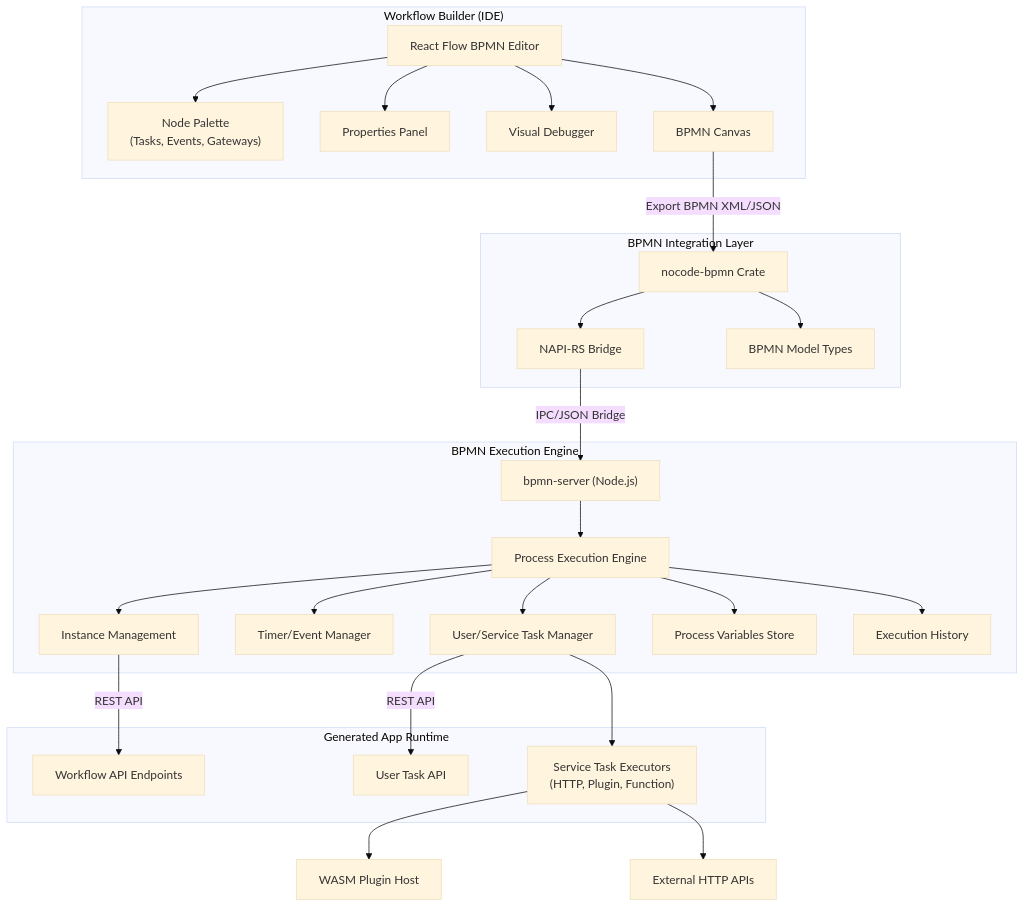
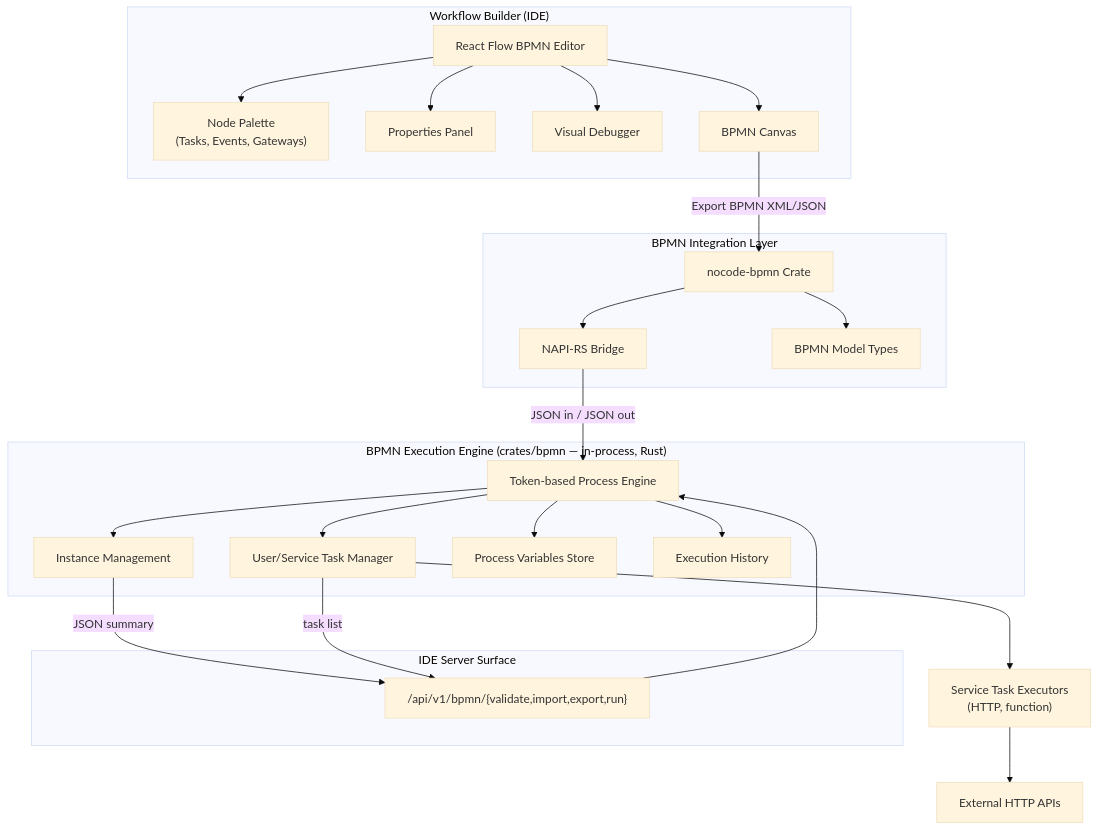
One commit to harrysuke/Bonafoid changed the sixth of 16 diagrams in docs/System Architecture Diagrams.md. Above: the diagram before and after it, drawn with Mermaid (base theme). The commit also changed other lines of this file and 16 other files, not shown here.

````diff
--- a/docs/System Architecture Diagrams.md
+++ b/docs/System Architecture Diagrams.md
@@ -342,53 +336,50 @@
 ```mermaid
 graph TD
     subgraph "Workflow Builder (IDE)"
         BPMNEditor["React Flow BPMN Editor"]
         NodePalette["Node Palette<br/>(Tasks, Events, Gateways)"]
         PropsPanel["Properties Panel"]
         VisualDebug["Visual Debugger"]
         BPMNCanvas["BPMN Canvas"]
     end
     
     subgraph "BPMN Integration Layer"
         BPMNCrate["nocode-bpmn Crate"]
         NAPIBridge["NAPI-RS Bridge"]
         BPMNTypes["BPMN Model Types"]
     end
     
-    subgraph "BPMN Execution Engine"
-        BpmnServer["bpmn-server (Node.js)"]
-        ExecutionEngine["Process Execution Engine"]
+    subgraph "BPMN Execution Engine (crates/bpmn — in-process, Rust)"
+        ExecutionEngine["Token-based Process Engine"]
         InstanceManager["Instance Management"]
-        TimerManager["Timer/Event Manager"]
         TaskManager["User/Service Task Manager"]
         VariableStore["Process Variables Store"]
         HistoryStore["Execution History"]
     end
     
-    subgraph "Generated App Runtime"
-        WorkflowAPI["Workflow API Endpoints"]
-        TaskAPI["User Task API"]
-        ServiceTasks["Service Task Executors<br/>(HTTP, Plugin, Function)"]
+    subgraph "IDE Server Surface"
+        BpmnAPI["/api/v1/bpmn/{validate,import,export,run}"]
     end
     
     BPMNEditor --> NodePalette
     BPMNEditor --> BPMNCanvas
     BPMNEditor --> PropsPanel
     BPMNEditor --> VisualDebug
     BPMNCanvas -->|Export BPMN XML/JSON| BPMNCrate
     BPMNCrate --> BPMNTypes
     BPMNCrate --> NAPIBridge
-    NAPIBridge -->|IPC/JSON Bridge| BpmnServer
-    BpmnServer --> ExecutionEngine
+    NAPIBridge -->|JSON in / JSON out| ExecutionEngine
     ExecutionEngine --> InstanceManager
-    ExecutionEngine --> TimerManager
     ExecutionEngine --> TaskManager
     ExecutionEngine --> VariableStore
     ExecutionEngine --> HistoryStore
     
-    InstanceManager -->|REST API| WorkflowAPI
-    TaskManager -->|REST API| TaskAPI
-    TaskManager --> ServiceTasks
-    ServiceTasks --> Plugins["WASM Plugin Host"]
+    %% The engine is reached over HTTP by the IDE server, and over NAPI by the
+    %% desktop shell. The generated app has no workflow routes, so there is no
+    %% "generated app runtime" edge here.
+    BpmnAPI --> ExecutionEngine
+    InstanceManager -->|JSON summary| BpmnAPI
+    TaskManager -->|task list| BpmnAPI
+    TaskManager --> ServiceTasks["Service Task Executors<br/>(HTTP, function)"]
     ServiceTasks --> HTTP["External HTTP APIs"]
 ```
````
